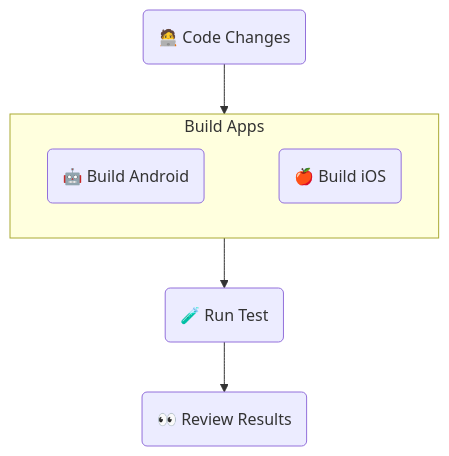
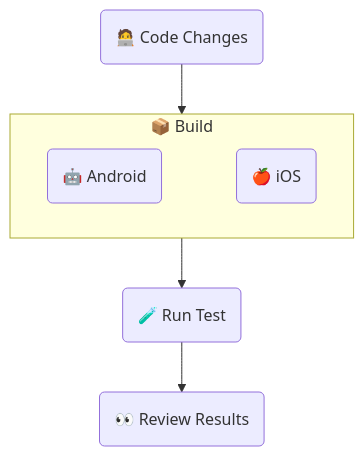
Before and after one commit to sherlo-io/sherlo: the first of 3 diagrams in examples/standard/README.md, drawn with Mermaid. The commit also changed other lines of this file and 1 other file, not shown here.

````diff
--- a/examples/standard/README.md
+++ b/examples/standard/README.md
@@ -14,15 +14,15 @@
 ```mermaid
 flowchart TB
    UI(🧑‍💻 Code Changes)
-   subgraph Build[Build Apps]
-      Android(🤖 Build Android)
-      iOS(🍎 Build iOS)
+   subgraph Build[📦 Build]
+      Android(🤖 Android)
+      iOS(🍎 iOS)
       Android ~~~ iOS
    end
    Test(🧪 Run Test)
    Review(👀 Review Results)
 
    UI --> Build
    Build --> Test
    Test --> Review
 ```
````
